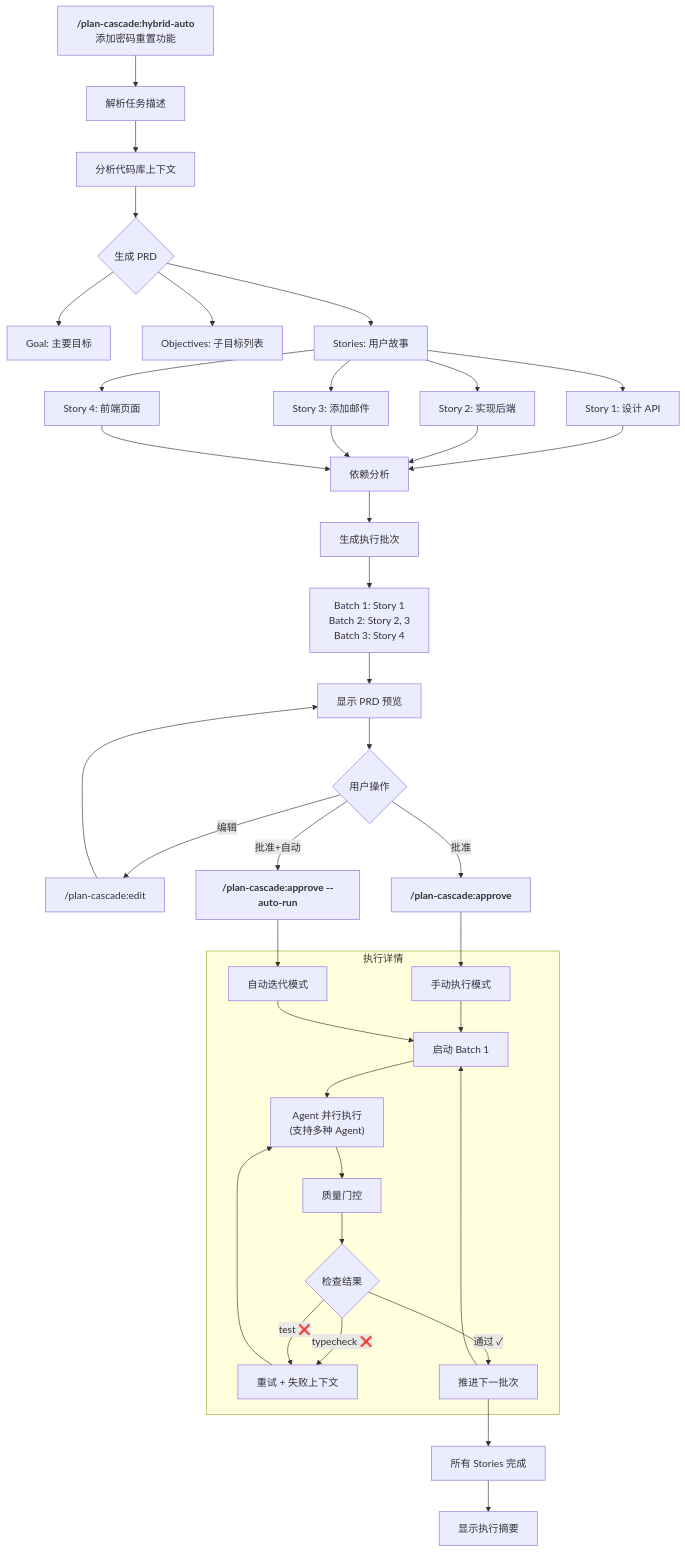
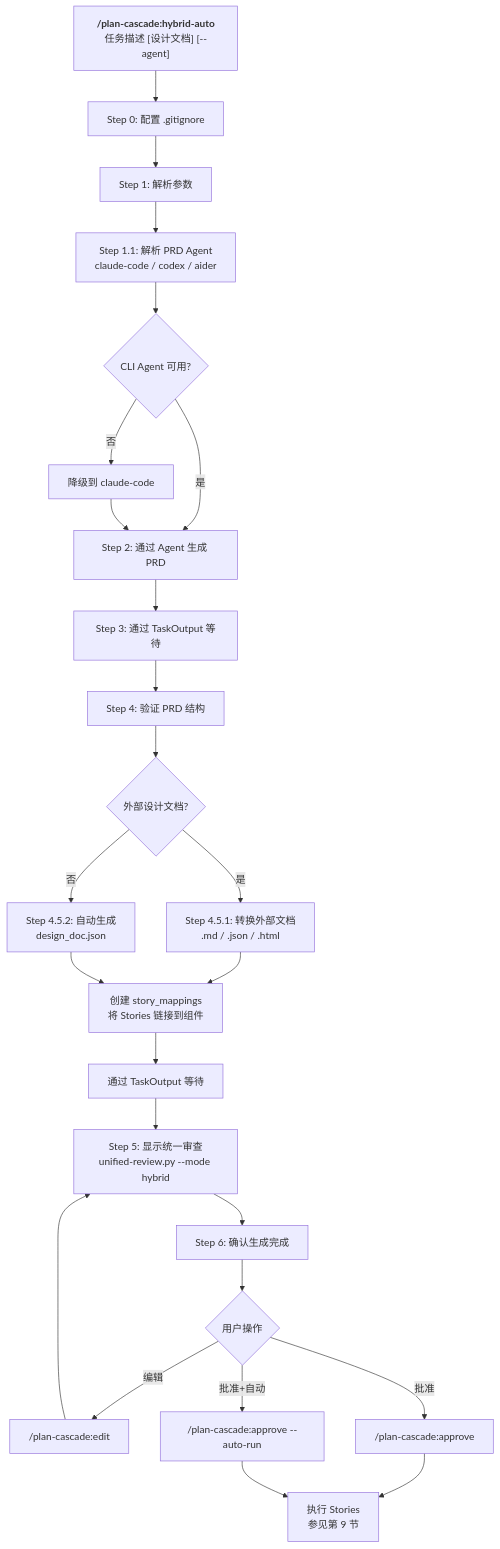
Before and after one commit to Taoidle/plan-cascade: diagram 11 of 14 in docs/System-Architecture_zh.md, drawn with Mermaid. The commit also changed other lines of this file and 1 other file, not shown here.

First line of the commit message:
docs(architecture): update system architecture to match actual implementation

````diff
--- a/docs/System-Architecture_zh.md
+++ b/docs/System-Architecture_zh.md
@@ -672,50 +742,36 @@
 ```mermaid
 flowchart TD
-    A["<b>/plan-cascade:hybrid-auto</b><br/>添加密码重置功能"] --> B[解析任务描述]
-    B --> C[分析代码库上下文]
-    C --> D{生成 PRD}
+    A["<b>/plan-cascade:hybrid-auto</b><br/>任务描述 [设计文档] [--agent]"] --> A0[Step 0: 配置 .gitignore]
+    A0 --> B[Step 1: 解析参数]
+    B --> C[Step 1.1: 解析 PRD Agent<br/>claude-code / codex / aider]
 
-    D --> E[Goal: 主要目标]
-    D --> F[Objectives: 子目标列表]
-    D --> G[Stories: 用户故事]
+    C --> D{CLI Agent 可用?}
+    D -->|否| D1[降级到 claude-code]
+    D -->|是| E
+    D1 --> E
 
-    G --> H[Story 1: 设计 API]
-    G --> I[Story 2: 实现后端]
-    G --> J[Story 3: 添加邮件]
-    G --> K[Story 4: 前端页面]
+    E[Step 2: 通过 Agent 生成 PRD]
+    E --> F[Step 3: 通过 TaskOutput 等待]
+    F --> G[Step 4: 验证 PRD 结构]
 
-    H --> L[依赖分析]
-    I --> L
-    J --> L
-    K --> L
+    G --> H{外部设计文档?}
+    H -->|是| I[Step 4.5.1: 转换外部文档<br/>.md / .json / .html]
+    H -->|否| J[Step 4.5.2: 自动生成<br/>design_doc.json]
+    I --> K
+    J --> K
 
-    L --> M[生成执行批次]
-    M --> N["Batch 1: Story 1<br/>Batch 2: Story 2, 3<br/>Batch 3: Story 4"]
+    K[创建 story_mappings<br/>将 Stories 链接到组件]
+    K --> L[通过 TaskOutput 等待]
+    L --> M[Step 5: 显示统一审查<br/>unified-review.py --mode hybrid]
 
-    N --> O[显示 PRD 预览]
-    O --> P{用户操作}
+    M --> N[Step 6: 确认生成完成]
+    N --> O{用户操作}
 
-    P -->|编辑| Q["/plan-cascade:edit"]
-    Q --> O
-    P -->|批准| R["<b>/plan-cascade:approve</b>"]
-    P -->|"批准+自动"| S["<b>/plan-cascade:approve --auto-run</b>"]
+    O -->|编辑| P["/plan-cascade:edit"]
+    P --> M
+    O -->|批准| Q["/plan-cascade:approve"]
+    O -->|"批准+自动"| R["/plan-cascade:approve --auto-run"]
 
-    R --> T[手动执行模式]
-    S --> U[自动迭代模式]
-
-    subgraph "执行详情"
-        T --> V[启动 Batch 1]
-        U --> V
-        V --> W["Agent 并行执行<br/>(支持多种 Agent)"]
-        W --> X[质量门控]
-        X --> Y{检查结果}
-        Y -->|typecheck ❌| Z[重试 + 失败上下文]
-        Y -->|test ❌| Z
-        Y -->|通过 ✓| AA[推进下一批次]
-        Z --> W
-        AA --> V
-    end
-
-    AA --> AB[所有 Stories 完成]
-    AB --> AC[显示执行摘要]
+    Q --> EXEC[执行 Stories<br/>参见第 9 节]
+    R --> EXEC
 ```
````
